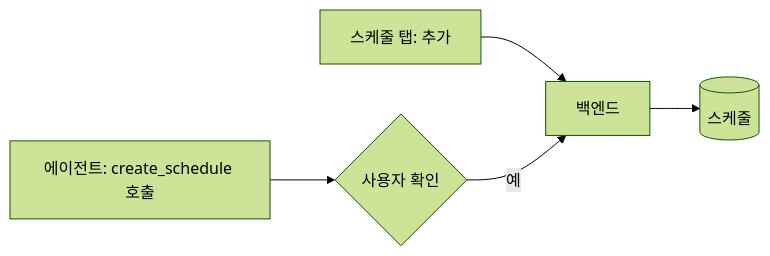
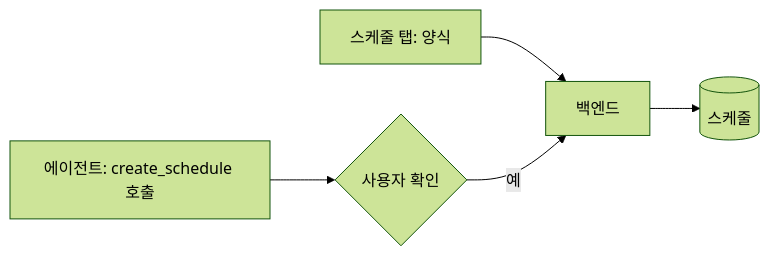
The diagram in docs/decisions/0032-schedule-creation.md (HEOSEONGILml/AssistantChatBot), drawn with Mermaid (forest theme) before and after one commit. The commit also changed other lines of this file and 7 other files, not shown here.

````diff
--- a/docs/decisions/0032-schedule-creation.md
+++ b/docs/decisions/0032-schedule-creation.md
@@ -24,7 +25,7 @@
 ```mermaid
 flowchart LR
-  T["스케줄 탭: 추가"] --> B["백엔드"]
+  T["스케줄 탭: 양식"] --> B["백엔드"]
   A["에이전트: create_schedule 호출"] --> Q{"사용자 확인"}
   Q -->|"예"| B
   B --> D[("스케줄")]
 ```
````
